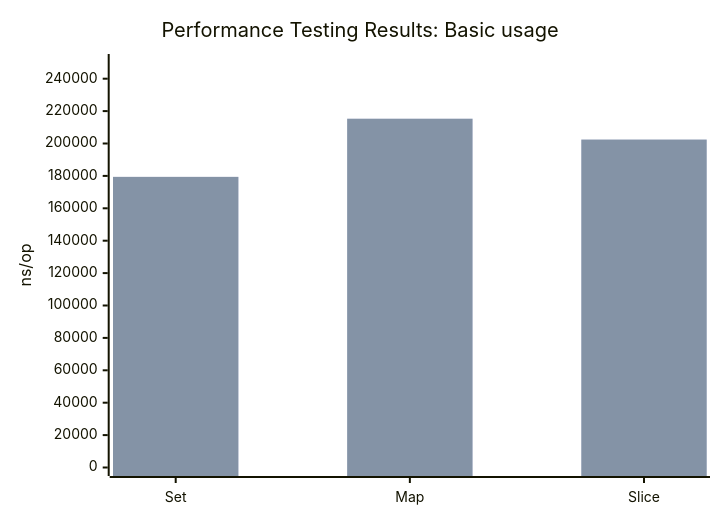
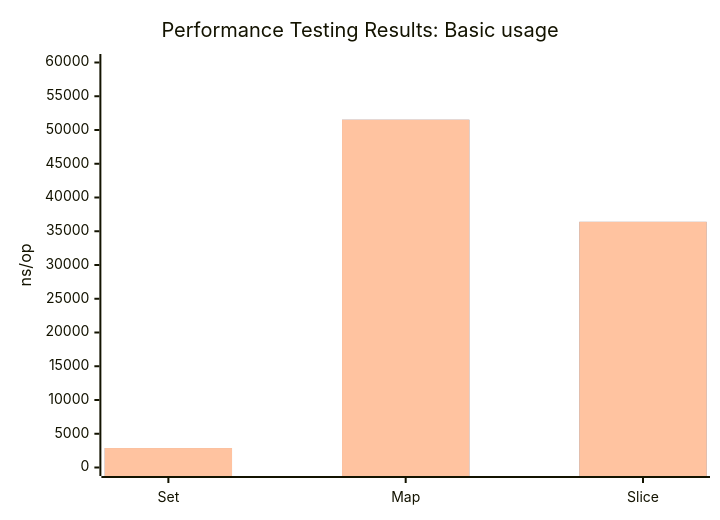
The first of 2 diagrams in pkg/goutils/set/benchmark.md (voedger/voedger), drawn with Mermaid before and after one commit. The commit also changed other lines of this file and 1 other file, not shown here.

Commit message:
test iteration setup and teardown code excluded from benchmark

````diff
--- a/pkg/goutils/set/benchmark.md
+++ b/pkg/goutils/set/benchmark.md
@@ -49,9 +49,10 @@
 ```mermaid
 xychart-beta
   title "Performance Testing Results: Basic usage"
   x-axis [Set, Map, Slice]
-  y-axis "ns/op" 0 --> 250000
+  y-axis "ns/op" 0 --> 60000
 
-  bar "Benchmark_BasicUsage" [179405, 215296, 202429]
-  bar "Benchmark_BasicUsage" [179405, 215296, 202429]
+  bar "1" [2883, 51520, 36395]
+  bar "2" [2883, 51520, 36395]
+  bar "3" [2883, 51520, 36395]
 ```
````
